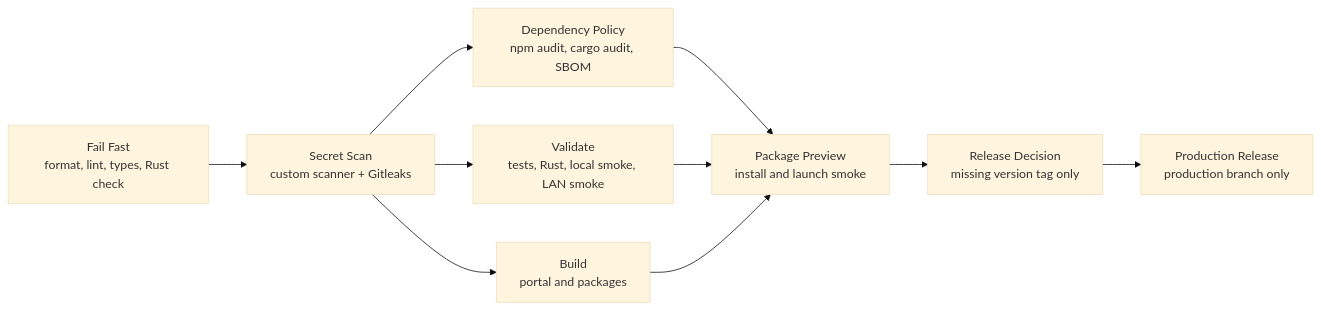
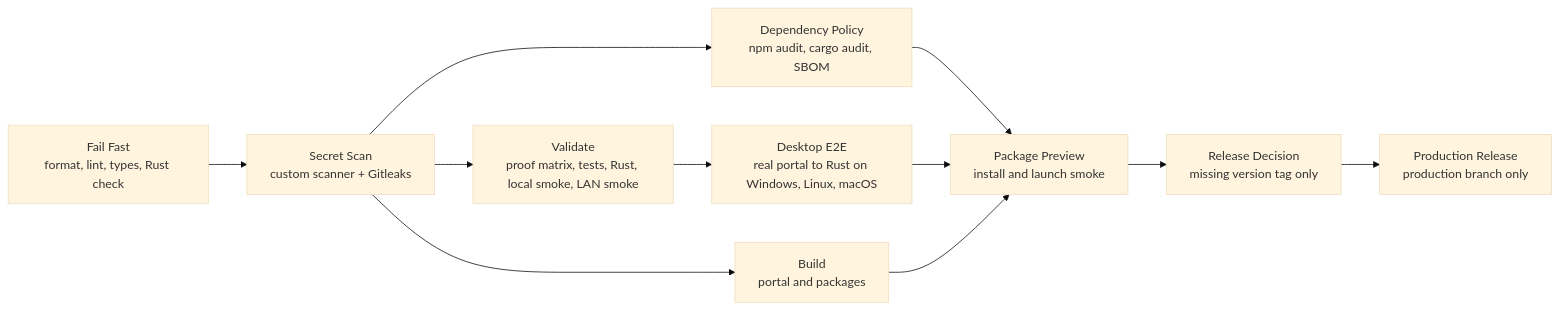
The diagram in .github/workflows/README.md (ocentra/OcentraParent), drawn with Mermaid (base theme) before and after one commit. The commit also changed other lines of this file and 12 other files, not shown here.

Commit message:
Add pre-AI real evidence proof gate

````diff
--- a/.github/workflows/README.md
+++ b/.github/workflows/README.md
@@ -5,12 +5,13 @@
 ```mermaid
 graph LR
   FF["Fail Fast<br/>format, lint, types, Rust check"] --> SS["Secret Scan<br/>custom scanner + Gitleaks"]
   SS --> DP["Dependency Policy<br/>npm audit, cargo audit, SBOM"]
-  SS --> V["Validate<br/>tests, Rust, local smoke, LAN smoke"]
+  SS --> V["Validate<br/>proof matrix, tests, Rust, local smoke, LAN smoke"]
+  V --> E2E["Desktop E2E<br/>real portal to Rust on Windows, Linux, macOS"]
   SS --> B["Build<br/>portal and packages"]
   DP --> P["Package Preview<br/>install and launch smoke"]
-  V --> P
+  E2E --> P
   B --> P
   P --> RD["Release Decision<br/>missing version tag only"]
   RD --> R["Production Release<br/>production branch only"]
 ```
````
